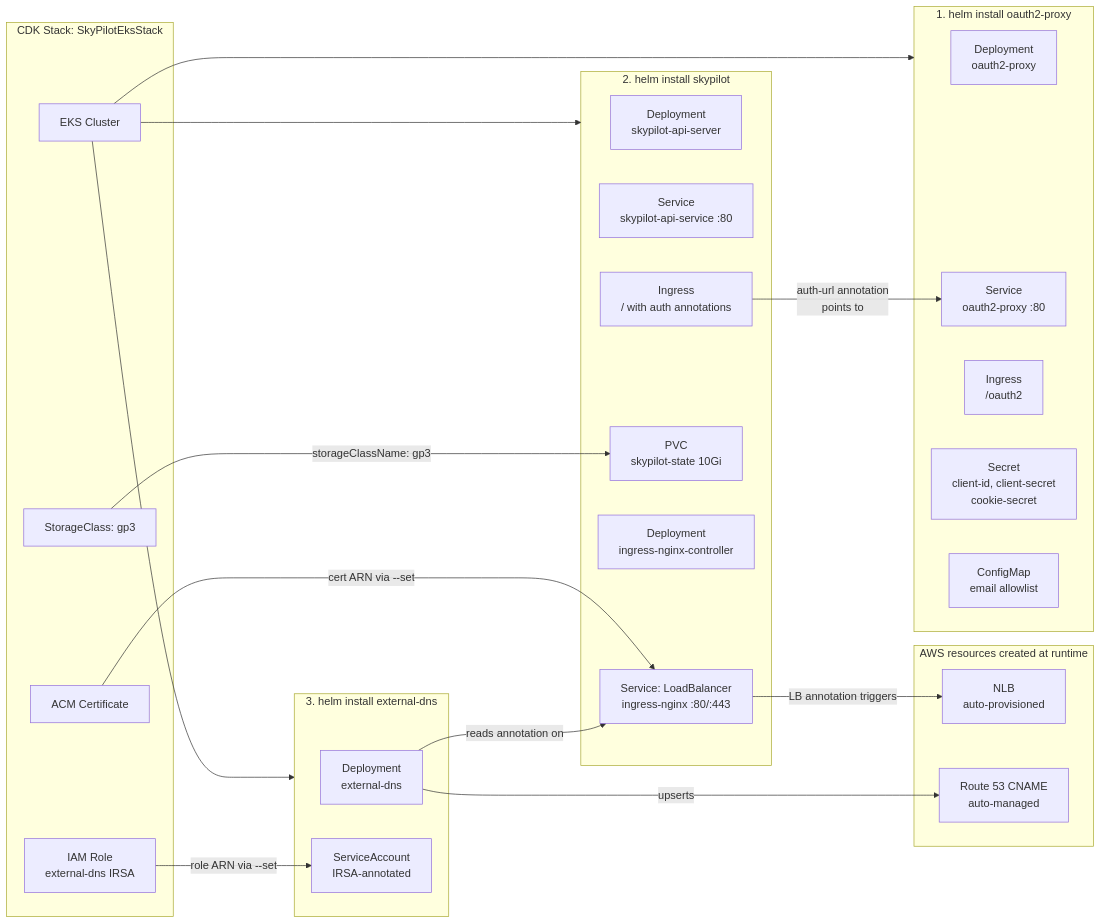
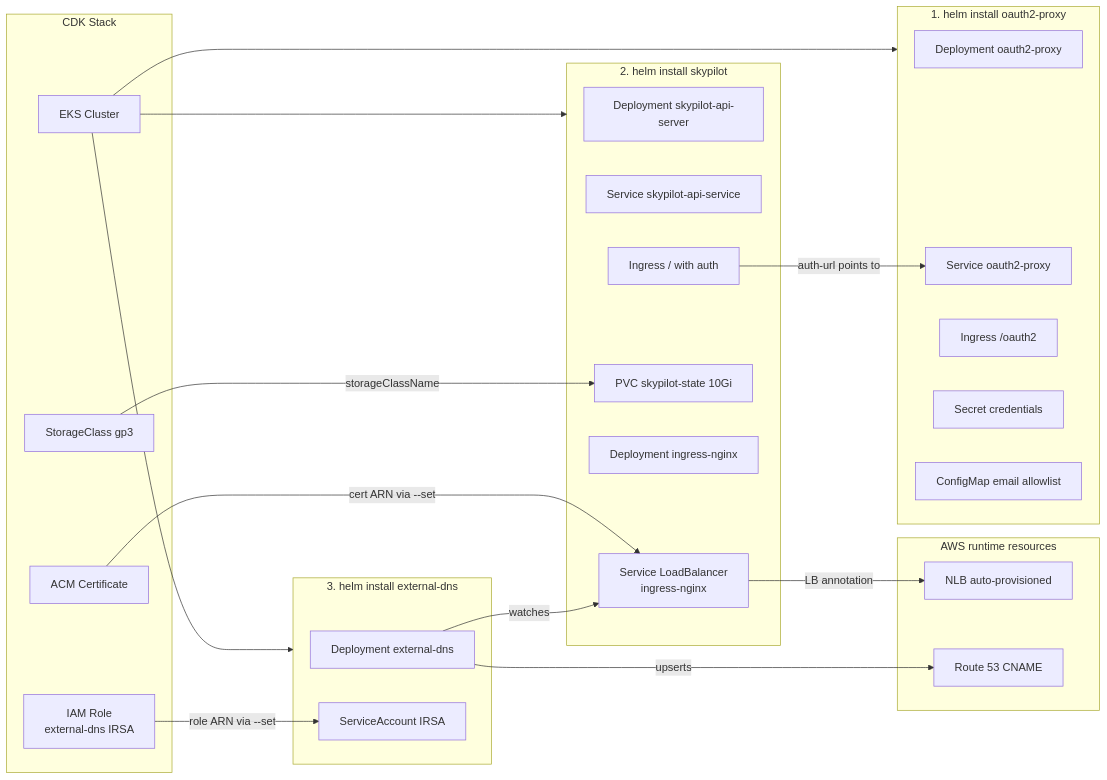
Before and after one commit to mlops-club/auto-monitoring-hackathon: the second of 2 diagrams in infra/README.md, drawn with Mermaid. The commit also changed other lines of this file, not shown here.

First line of the commit message:
Fix mermaid diagram syntax for GitHub rendering

````diff
--- a/infra/README.md
+++ b/infra/README.md
@@ -89,49 +88,49 @@
 ```mermaid
 graph LR
-    subgraph CDK [CDK Stack: SkyPilotEksStack]
-        EKS[EKS Cluster]
-        ACM[ACM Certificate]
-        IRSA_DNS[IAM Role<br/>external-dns IRSA]
-        SC[StorageClass: gp3]
+    subgraph CDK["CDK Stack"]
+        EKS["EKS Cluster"]
+        ACM["ACM Certificate"]
+        IRSA_DNS["IAM Role<br/>external-dns IRSA"]
+        SC["StorageClass gp3"]
     end
 
-    subgraph Helm1 [1. helm install oauth2-proxy]
-        O_Deploy[Deployment<br/>oauth2-proxy]
-        O_Svc[Service<br/>oauth2-proxy :80]
-        O_Ingress[Ingress<br/>/oauth2]
-        O_Secret[Secret<br/>client-id, client-secret<br/>cookie-secret]
-        O_CM[ConfigMap<br/>email allowlist]
+    subgraph Helm1["1. helm install oauth2-proxy"]
+        O_Deploy["Deployment oauth2-proxy"]
+        O_Svc["Service oauth2-proxy"]
+        O_Ingress["Ingress /oauth2"]
+        O_Secret["Secret credentials"]
+        O_CM["ConfigMap email allowlist"]
     end
 
-    subgraph Helm2 [2. helm install skypilot]
-        S_Deploy[Deployment<br/>skypilot-api-server]
-        S_Svc[Service<br/>skypilot-api-service :80]
-        S_Ingress[Ingress<br/>/ with auth annotations]
-        S_PVC[PVC<br/>skypilot-state 10Gi]
-        N_Deploy[Deployment<br/>ingress-nginx-controller]
-        N_Svc[Service: LoadBalancer<br/>ingress-nginx :80/:443]
+    subgraph Helm2["2. helm install skypilot"]
+        S_Deploy["Deployment skypilot-api-server"]
+        S_Svc["Service skypilot-api-service"]
+        S_Ingress["Ingress / with auth"]
+        S_PVC["PVC skypilot-state 10Gi"]
+        N_Deploy["Deployment ingress-nginx"]
+        N_Svc["Service LoadBalancer<br/>ingress-nginx"]
     end
 
-    subgraph Helm3 [3. helm install external-dns]
-        E_Deploy[Deployment<br/>external-dns]
-        E_SA[ServiceAccount<br/>IRSA-annotated]
+    subgraph Helm3["3. helm install external-dns"]
+        E_Deploy["Deployment external-dns"]
+        E_SA["ServiceAccount IRSA"]
     end
 
-    subgraph AWS_Runtime [AWS resources created at runtime]
-        NLB[NLB<br/>auto-provisioned]
-        CNAME[Route 53 CNAME<br/>auto-managed]
+    subgraph AWS_Runtime["AWS runtime resources"]
+        NLB["NLB auto-provisioned"]
+        CNAME["Route 53 CNAME"]
     end
 
     EKS --> Helm1
     EKS --> Helm2
     EKS --> Helm3
 
-    ACM -->|cert ARN via --set| N_Svc
-    IRSA_DNS -->|role ARN via --set| E_SA
-    SC -->|storageClassName: gp3| S_PVC
+    ACM -->|"cert ARN via --set"| N_Svc
+    IRSA_DNS -->|"role ARN via --set"| E_SA
+    SC -->|storageClassName| S_PVC
 
-    S_Ingress -->|auth-url annotation<br/>points to| O_Svc
-    N_Svc -->|LB annotation triggers| NLB
-    E_Deploy -->|reads annotation on| N_Svc
+    S_Ingress -->|"auth-url points to"| O_Svc
+    N_Svc -->|"LB annotation"| NLB
+    E_Deploy -->|watches| N_Svc
     E_Deploy -->|upserts| CNAME
 ```
````
